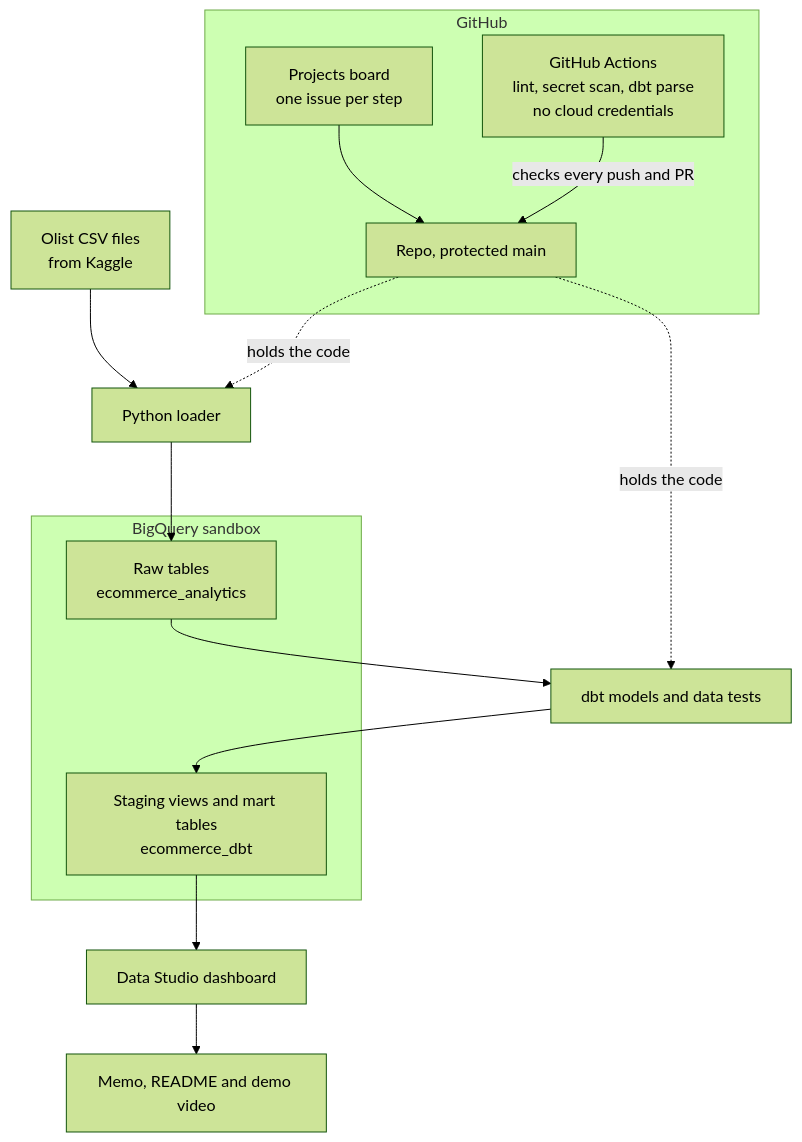
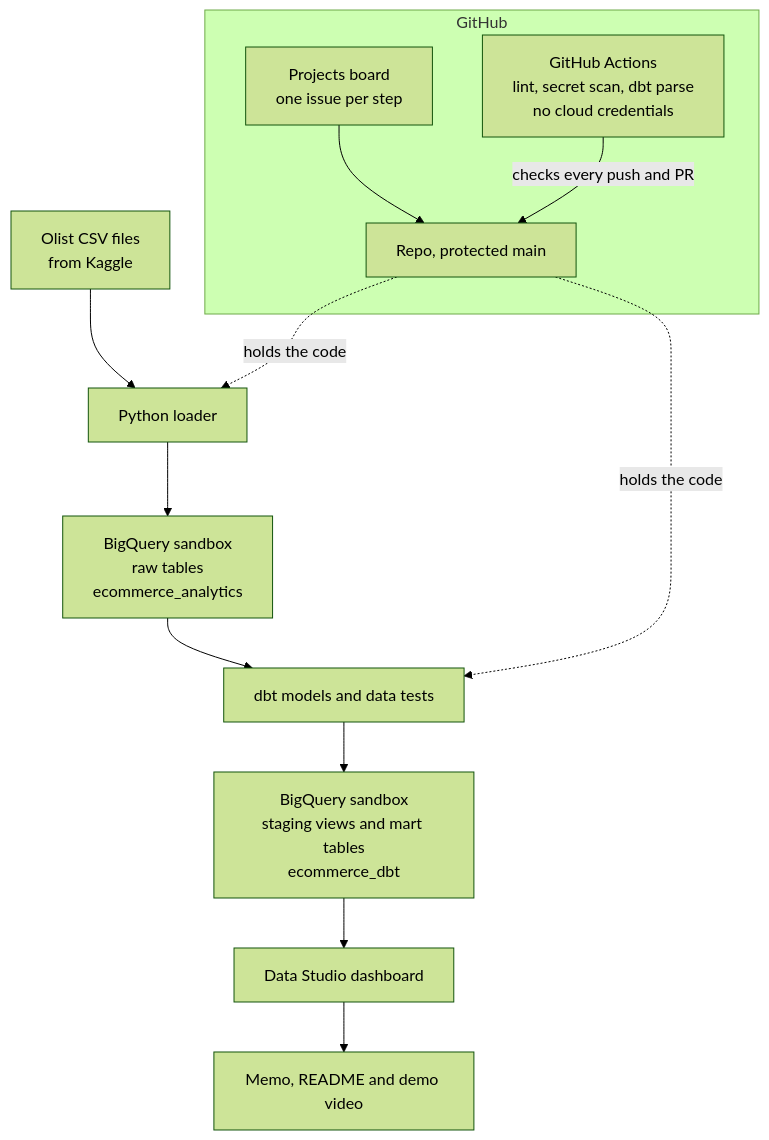
One commit to baselnasser99/second-order changed the diagram in README.md. Above: the diagram before and after it, drawn with Mermaid (forest theme).

Commit message:
Straighten the architecture diagram's data flow

````diff
--- a/README.md
+++ b/README.md
@@ -35,23 +35,18 @@
 ```mermaid
 flowchart TD
     subgraph GH ["GitHub"]
         BOARD["Projects board<br/>one issue per step"] --> REPO["Repo, protected main"]
         ACT["GitHub Actions<br/>lint, secret scan, dbt parse<br/>no cloud credentials"] -->|"checks every push and PR"| REPO
     end
 
     CSV["Olist CSV files<br/>from Kaggle"] --> LOAD["Python loader"]
-    LOAD --> RAW
+    LOAD --> RAW["BigQuery sandbox<br/>raw tables<br/>ecommerce_analytics"]
     RAW --> DBT["dbt models and data tests"]
-    DBT --> MART
-
-    subgraph BQ ["BigQuery sandbox"]
-        RAW["Raw tables<br/>ecommerce_analytics"]
-        MART["Staging views and mart tables<br/>ecommerce_dbt"]
-    end
+    DBT --> MART["BigQuery sandbox<br/>staging views and mart tables<br/>ecommerce_dbt"]
 
     MART --> DASH["Data Studio dashboard"]
     DASH --> OUT["Memo, README and demo video"]
 
     REPO -.->|"holds the code"| LOAD
     REPO -.->|"holds the code"| DBT
 ```
````
